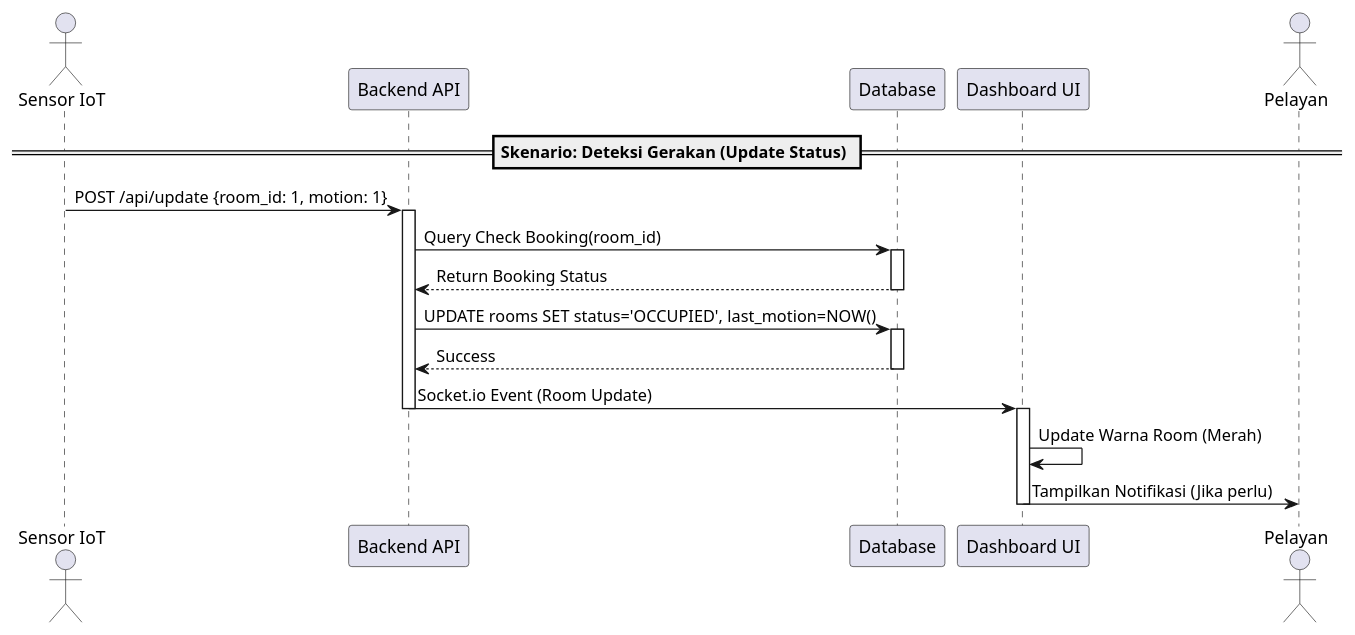
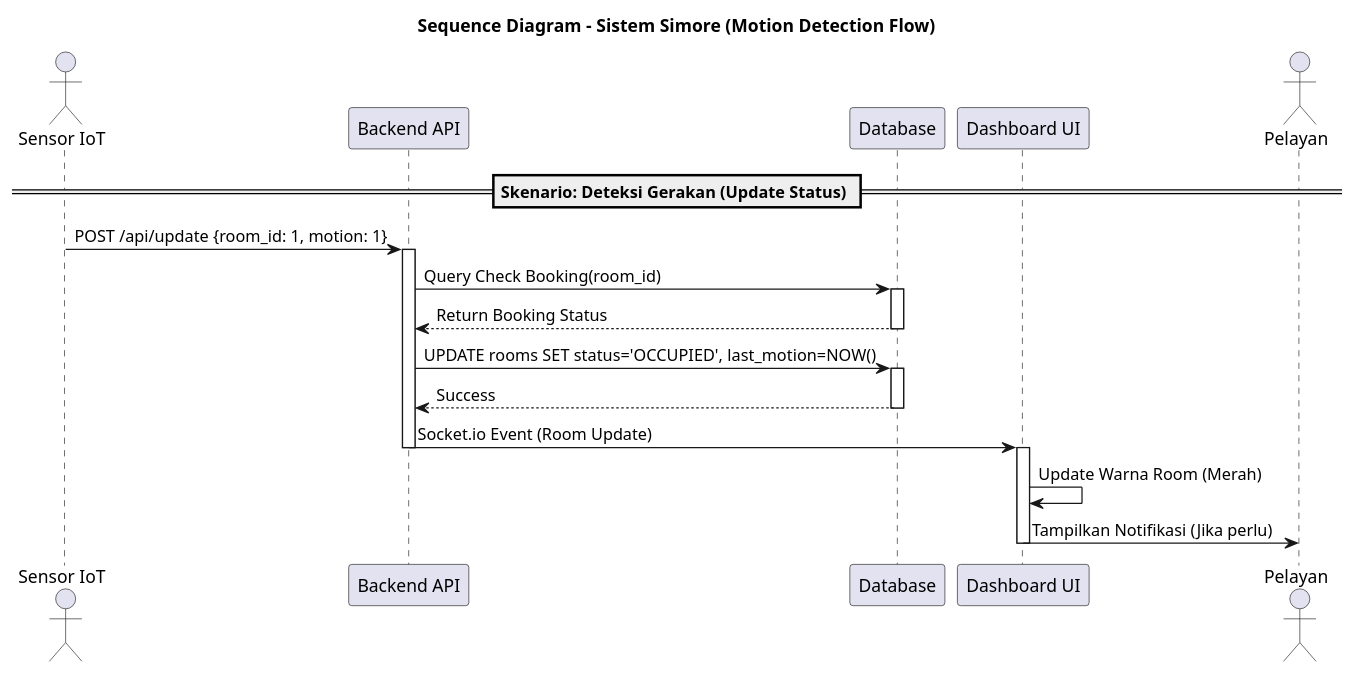
The diagram in SequenceDiagram.puml (A-PPAW-TI503P-2025/PROJECT_KELOMPOK5_HUMAN-BODY), drawn with PlantUML before and after one commit. The commit also changed 4 other files, not shown here.

Commit message:
Menambahkan Title pada diagram

```diff
--- a/SequenceDiagram.puml
+++ b/SequenceDiagram.puml
@@ -1,31 +1,33 @@
 @startuml
+title Sequence Diagram - Sistem Simore (Motion Detection Flow)
+
 actor "Sensor IoT" as Sensor
 participant "Backend API" as Backend
 participant "Database" as DB
 participant "Dashboard UI" as UI
 actor "Pelayan" as Staff
 
 == Skenario: Deteksi Gerakan (Update Status) ==
 
 Sensor -> Backend : POST /api/update {room_id: 1, motion: 1}
 activate Backend
 
 Backend -> DB : Query Check Booking(room_id)
 activate DB
 DB --> Backend : Return Booking Status
 deactivate DB
 
 Backend -> DB : UPDATE rooms SET status='OCCUPIED', last_motion=NOW()
 activate DB
 DB --> Backend : Success
 deactivate DB
 
 Backend -> UI : Socket.io Event (Room Update)
 deactivate Backend
 
 activate UI
 UI -> UI : Update Warna Room (Merah)
 UI -> Staff : Tampilkan Notifikasi (Jika perlu)
 deactivate UI
 
 @enduml
```
